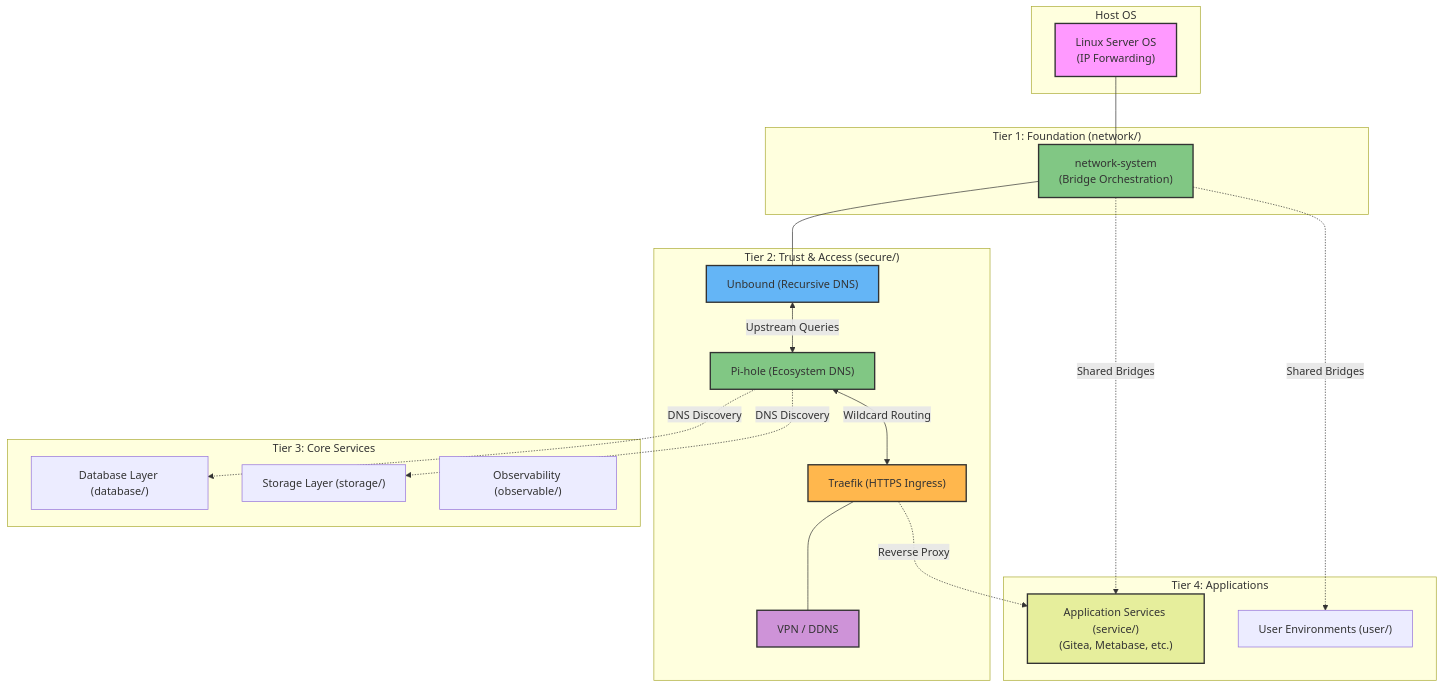
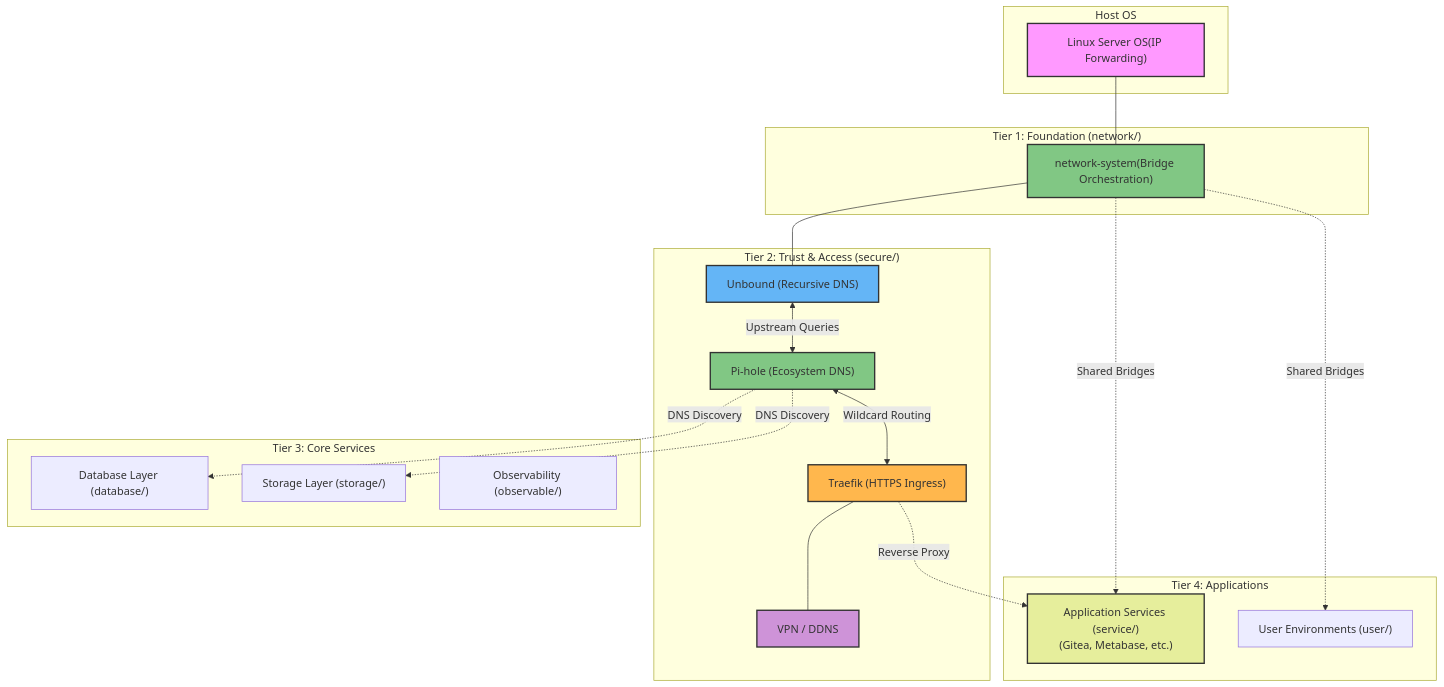
The diagram in README.md (luisdanielta/container-system), drawn with Mermaid before and after one commit.

Commit message:
docs: Remove whitespace in architecture diagram labels for consistency

````diff
--- a/README.md
+++ b/README.md
@@ -8,48 +8,48 @@
 ```mermaid
 graph TD
     subgraph "Host OS"
-        OS["Linux Server OS\n(IP Forwarding)"]
+        OS["Linux Server OS(IP Forwarding)"]
     end
 
     subgraph "Tier 1: Foundation (network/)"
-        NS["network-system\n(Bridge Orchestration)"]
+        NS["network-system(Bridge Orchestration)"]
     end
 
     subgraph "Tier 2: Trust & Access (secure/)"
         UNB["Unbound (Recursive DNS)"]
         PIH["Pi-hole (Ecosystem DNS)"]
         TRF["Traefik (HTTPS Ingress)"]
         VPN["VPN / DDNS"]
     end
 
     subgraph "Tier 3: Core Services"
         DB["Database Layer (database/)"]
         STR["Storage Layer (storage/)"]
         OBS["Observability (observable/)"]
     end
 
     subgraph "Tier 4: Applications"
         SVC["Application Services (service/)\n(Gitea, Metabase, etc.)"]
         USER["User Environments (user/)"]
     end
 
     OS --- NS
     NS --- UNB
     UNB <-- "Upstream Queries" --> PIH
     PIH <-- "Wildcard Routing" --> TRF
     TRF --- VPN
     
     TRF -. "Reverse Proxy" .-> SVC
     PIH -. "DNS Discovery" .-> DB
     PIH -. "DNS Discovery" .-> STR
     NS -. "Shared Bridges" .-> SVC
     NS -. "Shared Bridges" .-> USER
 
     style OS fill:#f9f,stroke:#333,stroke-width:2px
     style NS fill:#81c784,stroke:#333,stroke-width:2px
     style UNB fill:#64b5f6,stroke:#333,stroke-width:2px
     style PIH fill:#81c784,stroke:#333,stroke-width:2px
     style TRF fill:#ffb74d,stroke:#333,stroke-width:2px
     style VPN fill:#ce93d8,stroke:#333,stroke-width:2px
     style SVC fill:#e6ee9c,stroke:#333,stroke-width:2px
 ```
````
